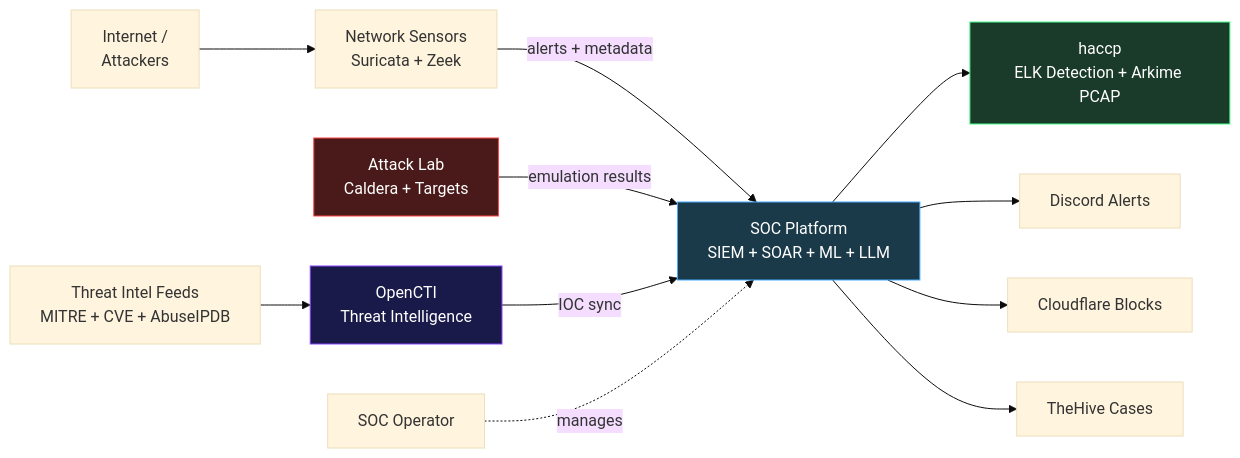
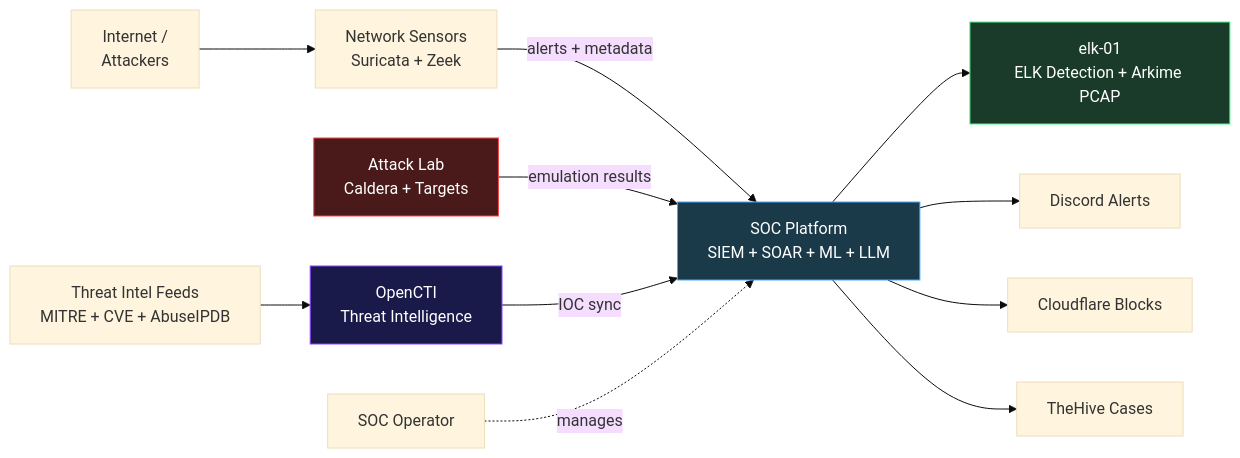
Before and after one commit to brianchaplow/HomeLab-SOC-v3: the first of 2 diagrams in README.md, drawn with Mermaid (base theme). The commit also changed other lines of this file, not shown here.

````diff
--- a/README.md
+++ b/README.md
@@ -13,26 +13,26 @@
 ```mermaid
 flowchart LR
     ATK[Internet /<br/>Attackers] --> SENSORS
 
     SENSORS[Network Sensors<br/>Suricata + Zeek] -->|alerts + metadata| SOC
 
     LAB[Attack Lab<br/>Caldera + Targets] -->|emulation results| SOC
 
     FEEDS[Threat Intel Feeds<br/>MITRE + CVE + AbuseIPDB] --> OCTI[OpenCTI<br/>Threat Intelligence]
 
     OCTI -->|IOC sync| SOC
 
     SOC[SOC Platform<br/>SIEM + SOAR + ML + LLM]
 
-    SOC --> DET[haccp<br/>ELK Detection + Arkime PCAP]
+    SOC --> DET[elk-01<br/>ELK Detection + Arkime PCAP]
     SOC --> DISC[Discord Alerts]
     SOC --> CFB[Cloudflare Blocks]
     SOC --> THC[TheHive Cases]
 
     OP[SOC Operator] -.->|manages| SOC
 
     style SOC fill:#1a3a4a,stroke:#44aaff,color:#ffffff
     style DET fill:#1a3a2a,stroke:#44ff88,color:#ffffff
     style OCTI fill:#1a1a4a,stroke:#8844ff,color:#ffffff
     style LAB fill:#4a1a1a,stroke:#ff4444,color:#ffffff
 ```
````
